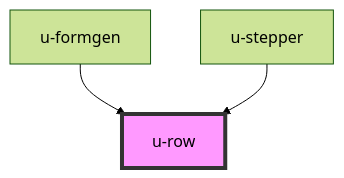
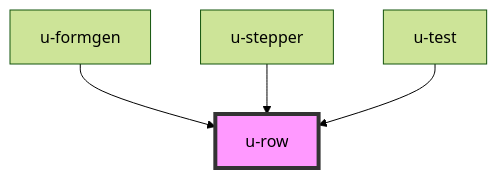
One commit to theUrbans/uniform changed the diagram in src/components/u-row/readme.md. Above: the diagram before and after it, drawn with Mermaid (forest theme). The commit also changed other lines of this file and 2 other files, not shown here.

````diff
--- a/src/components/u-row/readme.md
+++ b/src/components/u-row/readme.md
@@ -25,6 +28,7 @@
 ```mermaid
 graph TD;
   u-formgen --> u-row
   u-stepper --> u-row
+  u-test --> u-row
   style u-row fill:#f9f,stroke:#333,stroke-width:4px
 ```
````
